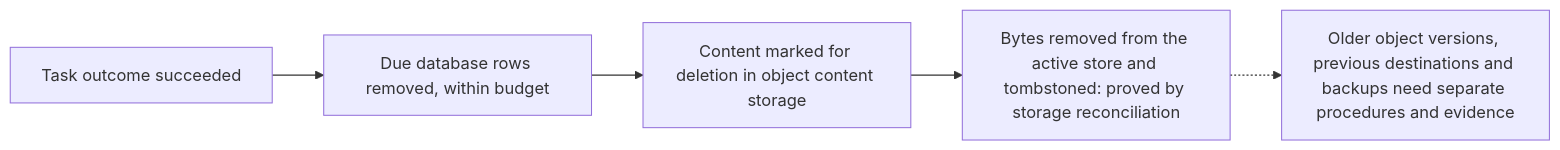
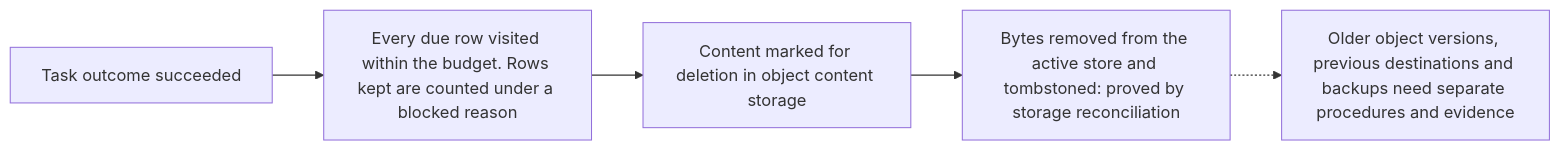
Before and after one commit to eneo-ai/eneo: the fifth of 5 diagrams in docs/adr/retention-engine.md, drawn with Mermaid. The commit also changed other lines of this file and 48 other files, not shown here.

````diff
--- a/docs/adr/retention-engine.md
+++ b/docs/adr/retention-engine.md
@@ -219,7 +272,7 @@
 ```mermaid
 flowchart LR
-    T[Task outcome succeeded] --> R1[Due database rows removed, within budget]
+    T[Task outcome succeeded] --> R1[Every due row visited within the budget. Rows kept are counted under a blocked reason]
     R1 --> R2[Content marked for deletion in object content storage]
     R2 --> R3[Bytes removed from the active store and tombstoned: proved by storage reconciliation]
     R3 -.-> R4[Older object versions, previous destinations and backups need separate procedures and evidence]
 ```
````
